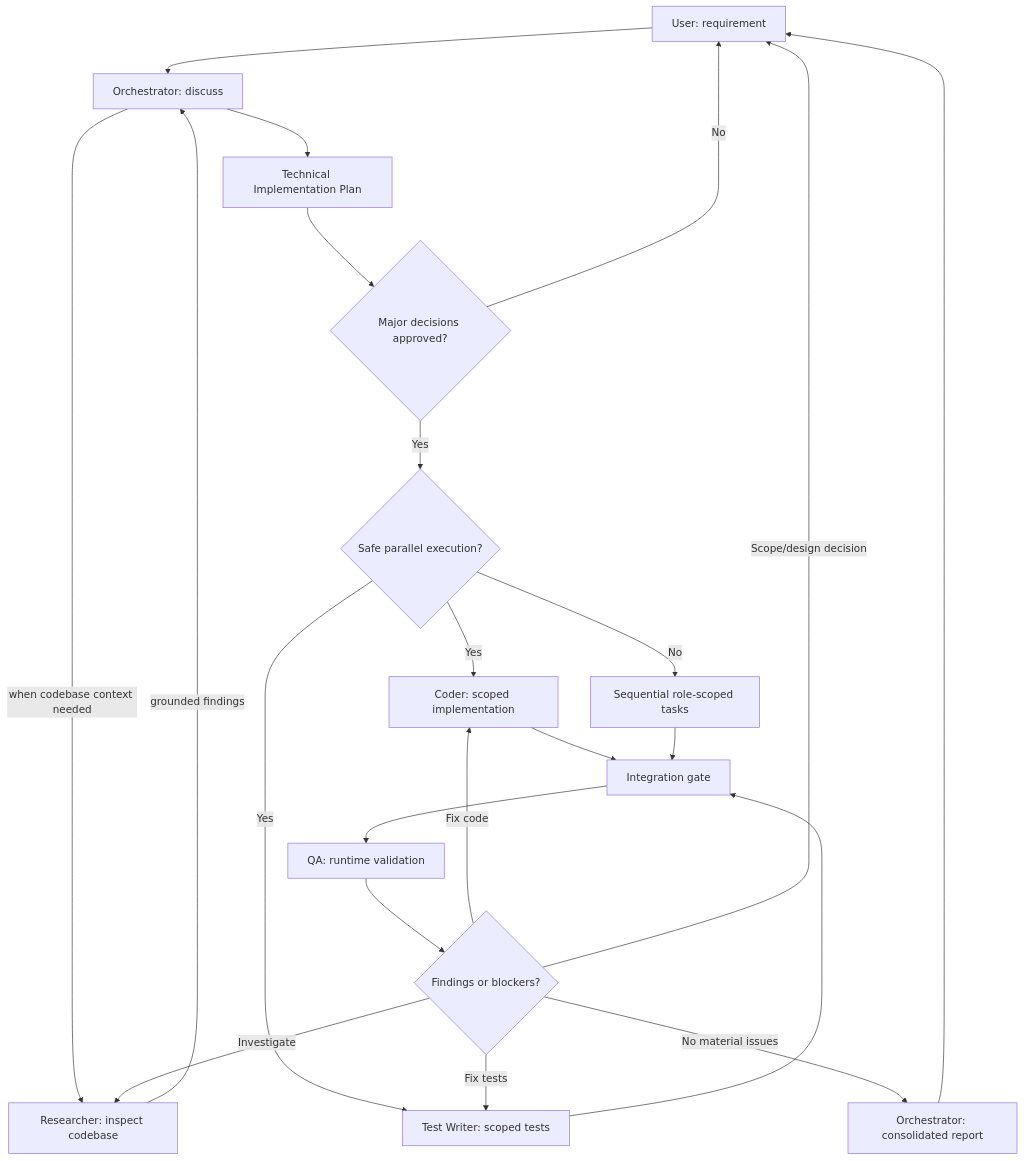
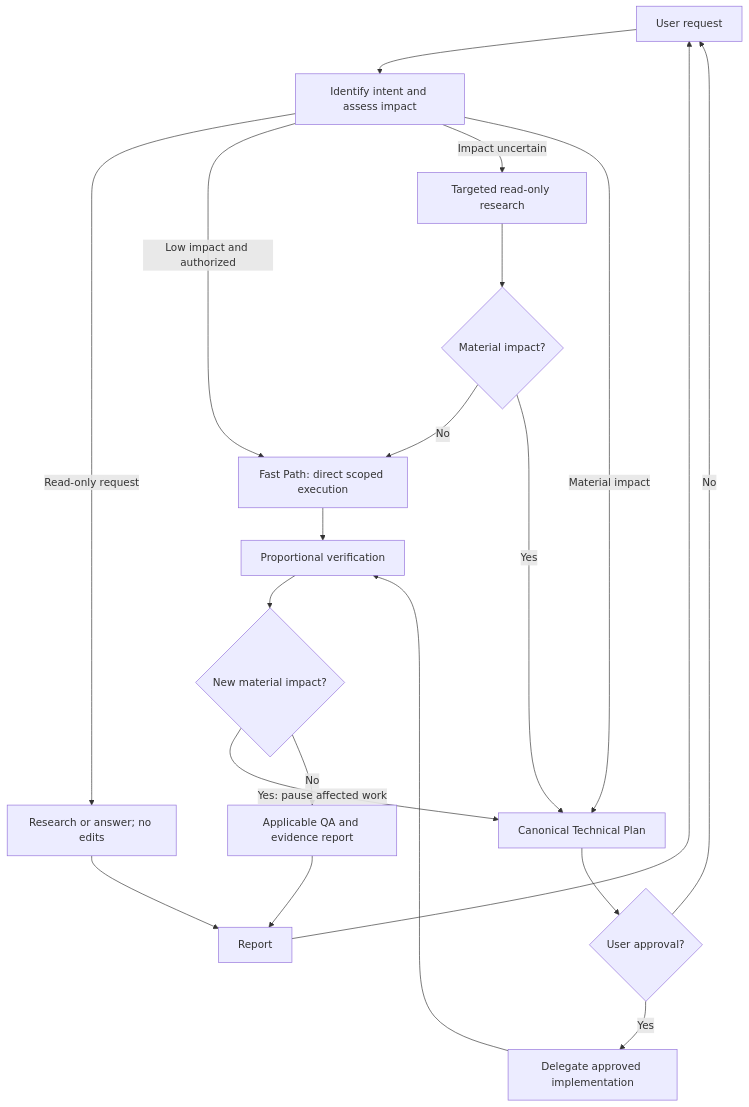
The diagram in docs/agent-handoff-and-execution.md (rifqicode/my-ai-setup), drawn with Mermaid before and after one commit. The commit also changed other lines of this file, not shown here.

Commit message:
docs: route handoffs through Fast Path or planning gate

````diff
--- a/docs/agent-handoff-and-execution.md
+++ b/docs/agent-handoff-and-execution.md
@@ -49,24 +49,22 @@
 ```mermaid
 flowchart TD
-    U[User: requirement] --> O[Orchestrator: discuss]
-    O -->|when codebase context needed| R[Researcher: inspect codebase]
-    R -->|grounded findings| O
-    O --> P[Technical Implementation Plan]
-    P --> A{Major decisions approved?}
-    A -- No --> U
-    A -- Yes --> S{Safe parallel execution?}
-    S -- Yes --> C[Coder: scoped implementation]
-    S -- Yes --> T[Test Writer: scoped tests]
-    S -- No --> E[Sequential role-scoped tasks]
-    C --> I[Integration gate]
-    T --> I
-    E --> I
-    I --> Q[QA: runtime validation]
-    Q --> F{Findings or blockers?}
-    F -- Fix code --> C
-    F -- Fix tests --> T
-    F -- Investigate --> R
-    F -- Scope/design decision --> U
-    F -- No material issues --> X[Orchestrator: consolidated report]
+    U[User request] --> O[Identify intent and assess impact]
+    O -->|Read-only request| D[Research or answer; no edits]
+    O -->|Low impact and authorized| F[Fast Path: direct scoped execution]
+    O -->|Impact uncertain| R[Targeted read-only research]
+    R --> G{Material impact?}
+    G -->|No| F
+    G -->|Yes| P[Canonical Technical Plan]
+    O -->|Material impact| P
+    P --> A{User approval?}
+    A -->|No| U
+    A -->|Yes| E[Delegate approved implementation]
+    F --> V[Proportional verification]
+    E --> V
+    V --> K{New material impact?}
+    K -->|Yes: pause affected work| P
+    K -->|No| Q[Applicable QA and evidence report]
+    D --> X[Report]
+    Q --> X
     X --> U
 ```
````
